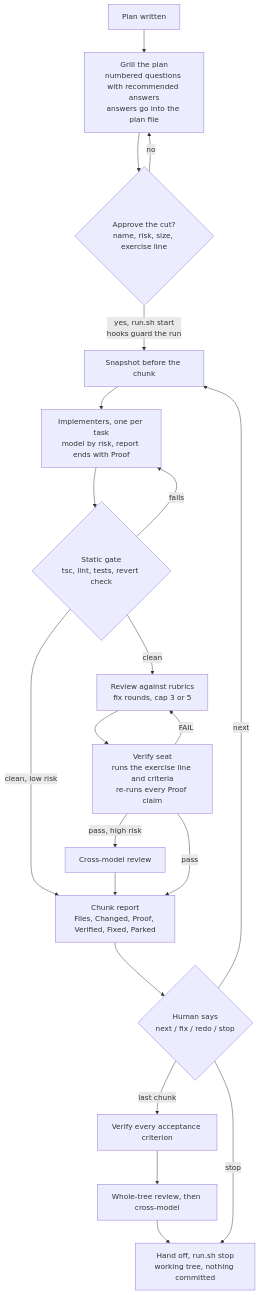
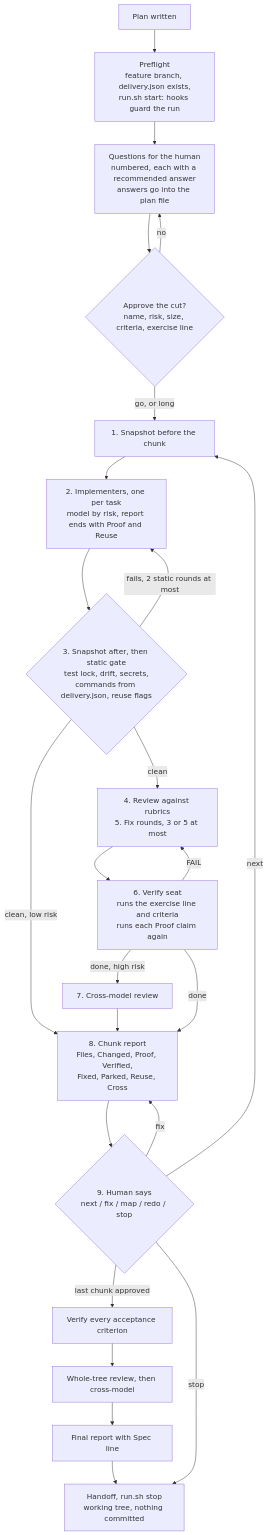
One commit to vilkoalexander/delivery-skills changed the diagram in diagrams/chunked-delivery.mmd. Above: the diagram before and after it, drawn with Mermaid. The commit also changed 25 other files, not shown here.

```diff
--- a/diagrams/chunked-delivery.mmd
+++ b/diagrams/chunked-delivery.mmd
@@ -1,21 +1,24 @@
 graph TD
-  P[Plan written] --> G[Grill the plan<br/>numbered questions with recommended answers<br/>answers go into the plan file]
-  G --> A{Approve the cut?<br/>name, risk, size, exercise line}
+  P[Plan written] --> PF[Preflight<br/>feature branch, delivery.json exists,<br/>run.sh start: hooks guard the run]
+  PF --> G[Questions for the human<br/>numbered, each with a recommended answer<br/>answers go into the plan file]
+  G --> A{Approve the cut?<br/>name, risk, size, criteria, exercise line}
   A -- no --> G
-  A -- yes, run.sh start<br/>hooks guard the run --> S1[Snapshot before the chunk]
-  S1 --> I[Implementers, one per task<br/>model by risk, report ends with Proof]
-  I --> SG{Static gate<br/>tsc, lint, tests, revert check}
-  SG -- fails --> I
+  A -- go, or long --> S1[1. Snapshot before the chunk]
+  S1 --> I[2. Implementers, one per task<br/>model by risk, report ends with Proof and Reuse]
+  I --> SG{3. Snapshot after, then static gate<br/>test lock, drift, secrets,<br/>commands from delivery.json, reuse flags}
+  SG -- fails, 2 static rounds at most --> I
   SG -- clean, low risk --> REP
-  SG -- clean --> R[Review against rubrics<br/>fix rounds, cap 3 or 5]
-  R --> V[Verify seat<br/>runs the exercise line and criteria<br/>re-runs every Proof claim]
+  SG -- clean --> R[4. Review against rubrics<br/>5. Fix rounds, 3 or 5 at most]
+  R --> V[6. Verify seat<br/>runs the exercise line and criteria<br/>runs each Proof claim again]
   V -- FAIL --> R
-  V -- pass, high risk --> M[Cross-model review]
+  V -- done, high risk --> M[7. Cross-model review]
   M --> REP
-  V -- pass --> REP[Chunk report<br/>Files, Changed, Proof, Verified, Fixed, Parked]
-  REP --> W{Human says<br/>next / fix / redo / stop}
+  V -- done --> REP[8. Chunk report<br/>Files, Changed, Proof, Verified,<br/>Fixed, Parked, Reuse, Cross]
+  REP --> W{9. Human says<br/>next / fix / map / redo / stop}
   W -- next --> S1
-  W -- last chunk --> T[Verify every acceptance criterion]
+  W -- fix --> REP
+  W -- last chunk approved --> T[Verify every acceptance criterion]
   T --> TR[Whole-tree review, then cross-model]
-  TR --> H[Hand off, run.sh stop<br/>working tree, nothing committed]
+  TR --> FR[Final report with Spec line]
+  FR --> H[Handoff, run.sh stop<br/>working tree, nothing committed]
   W -- stop --> H
```
